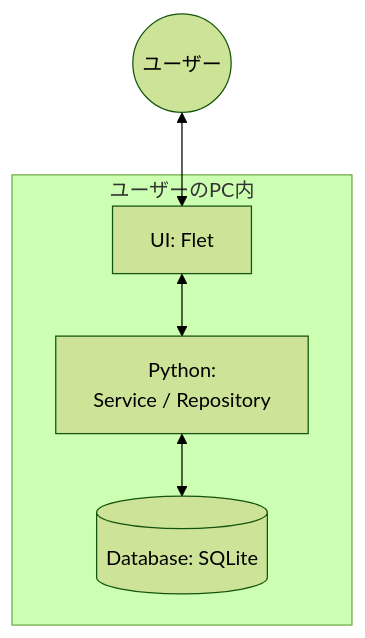
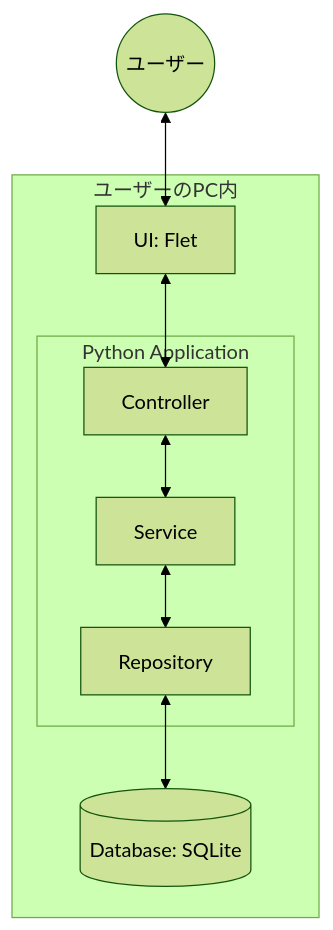
The diagram in docs/07_system_architecture.md (kuronyanko1108/prompt-manager), drawn with Mermaid (forest theme) before and after one commit. The commit also changed 1 other file, not shown here.

Commit message:
add 08_folder_structure, uppdate 07_system_architecture

````diff
--- a/docs/07_system_architecture.md
+++ b/docs/07_system_architecture.md
@@ -2,13 +3,23 @@
 ```mermaid
-graph TD;
+graph TD
     A((ユーザー))
     B[UI: Flet]
-    C[Python:<br> Service / Repository]
-    D[(Database: SQLite)]
+
+    subgraph PC [ユーザーのPC内]
+        B
+
+        subgraph APP [Python Application]
+            C[Controller]
+            D[Service]
+            E[Repository]
+        end
+
+        F[(Database: SQLite)]
+    end
 
     A <--> B
-    subgraph PC [ユーザーのPC内]
-        B <--> C
-        C <--> D
-    end
+    B <--> C
+    C <--> D
+    D <--> E
+    E <--> F
 ```
````
